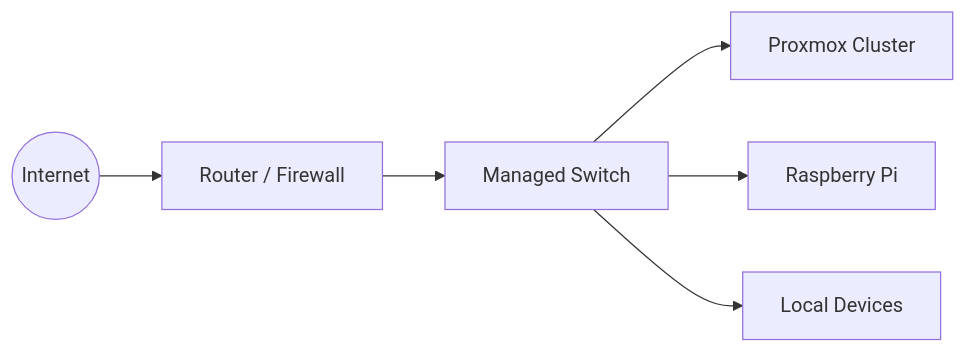
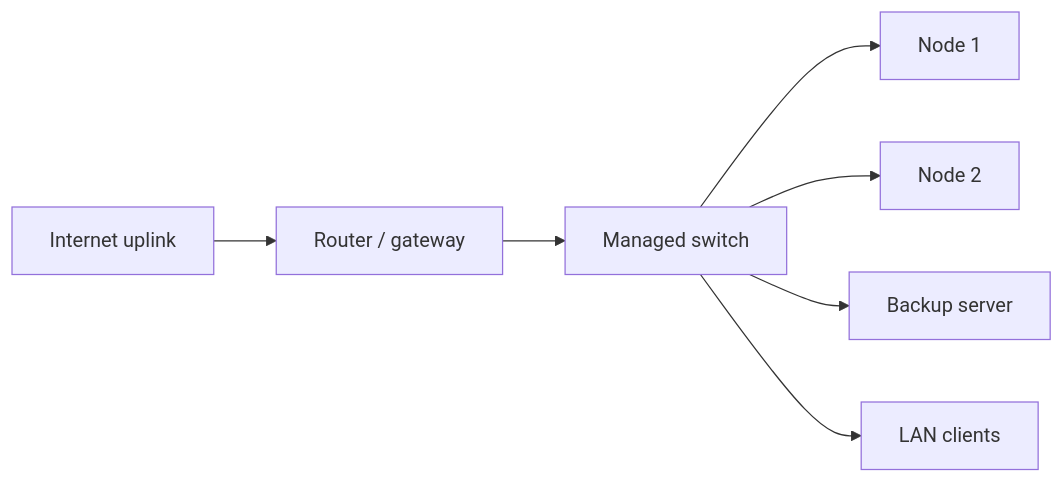
Before and after one commit to bugHunte3R/Proxmox: the diagram in docs/networking.md, drawn with Mermaid. The commit also changed other lines of this file and 13 other files, not shown here.

Commit message:
docs: describe the homelab architecture and realisations with generic labels

````diff
--- a/docs/networking.md
+++ b/docs/networking.md
@@ -21,15 +5,9 @@
 ```mermaid
 flowchart LR
-    Internet((Internet))
-    Gateway[Router / Firewall]
-    Switch[Managed Switch]
-    Cluster[Proxmox Cluster]
-    Pi[Raspberry Pi]
-    Devices[Local Devices]
-
-    Internet --> Gateway
-    Gateway --> Switch
-    Switch --> Cluster
-    Switch --> Pi
-    Switch --> Devices
+    Up[Internet uplink] --> GW[Router / gateway]
+    GW --> SW[Managed switch]
+    SW --> N1[Node 1]
+    SW --> N2[Node 2]
+    SW --> PBS[Backup server]
+    SW --> Clients[LAN clients]
 ```
````
